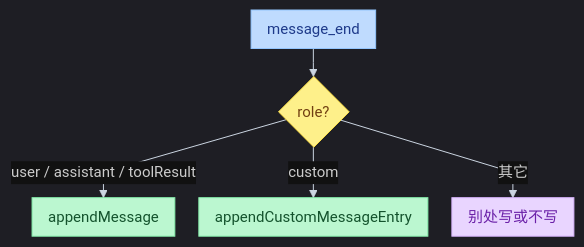
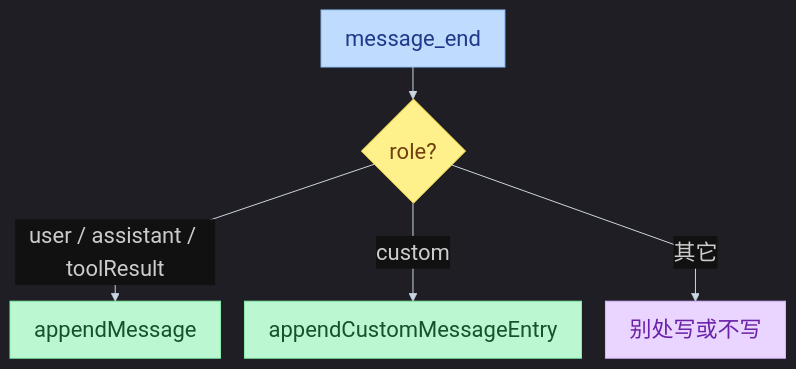
The fourth of 4 diagrams in 13-pi-agent/03-events.md (juliepy/AI-Engineer-from-scrach), drawn with Mermaid before and after one commit. The commit also changed other lines of this file and 2 other files, not shown here.

First line of the commit message:
Rewrite Pi events notes around emit/subscribe and update mermaid drawing rules.

````diff
--- a/13-pi-agent/03-events.md
+++ b/13-pi-agent/03-events.md
@@ -248,18 +277,18 @@
 ```mermaid
-%%{init: {"theme": "dark", "flowchart": {"curve": "linear", "rankSpacing": 28, "nodeSpacing": 24, "padding": 8}, "themeVariables": {"fontSize": "15px", "background": "#000000", "lineColor": "#CBD5E1", "edgeLabelBackground": "#111111"}}}%%
+%%{init: {"theme": "dark", "flowchart": {"curve": "linear", "rankSpacing": 32, "nodeSpacing": 24, "padding": 12, "useMaxWidth": false, "htmlLabels": true}, "themeVariables": {"fontSize": "22px", "background": "#000000", "lineColor": "#CBD5E1", "edgeLabelBackground": "#111111"}, "themeCSS": ".nodeLabel,.label,span{font-size:22px!important}"}}%%
 flowchart TB
     E["message_end"] --> R{"role?"}
     R -->|user / assistant / toolResult| M["appendMessage"]
     R -->|custom| C["appendCustomMessageEntry"]
     R -->|其它| SKIP["别处写或不写"]
 
-    classDef a fill:#BFDBFE,stroke:#93C5FD,color:#1E3A8A
-    classDef d fill:#FEF08A,stroke:#FDE047,color:#713F12
-    classDef ok fill:#BBF7D0,stroke:#86EFAC,color:#14532D
-    classDef skip fill:#E9D5FF,stroke:#D8B4FE,color:#6B21A8
+    classDef start fill:#BFDBFE,stroke:#93C5FD,color:#1E3A8A,font-size:22px
+    classDef dec fill:#FEF08A,stroke:#FDE047,color:#713F12,font-size:22px
+    classDef ok fill:#BBF7D0,stroke:#86EFAC,color:#14532D,font-size:22px
+    classDef prod fill:#E9D5FF,stroke:#D8B4FE,color:#6B21A8,font-size:22px
 
-    class E a
-    class R d
+    class E start
+    class R dec
     class M,C ok
-    class SKIP skip
+    class SKIP prod
 ```
````
